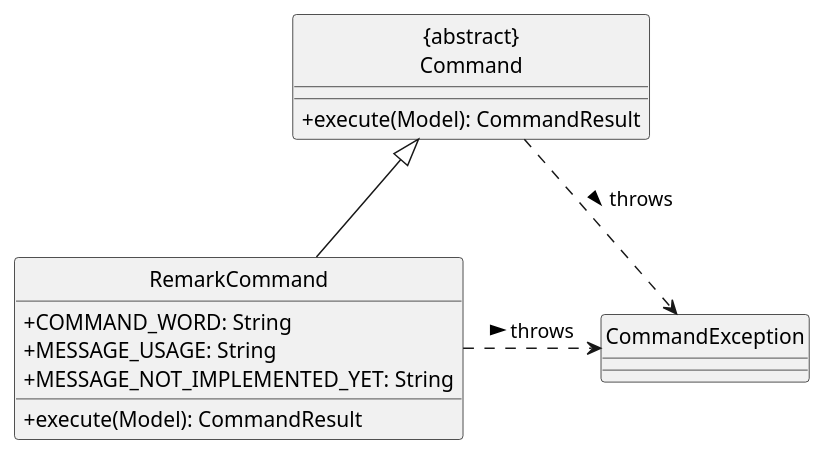
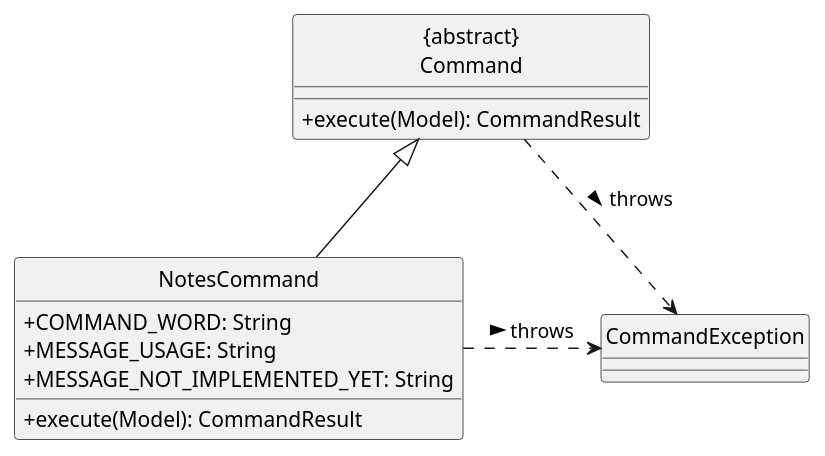
Before and after one commit to deltaMinor/tp: the diagram in diagrams/add-remark/RemarkClass.puml, drawn with PlantUML. The commit also changed 26 other files, not shown here.

```diff
--- a/diagrams/add-remark/RemarkClass.puml
+++ b/diagrams/add-remark/RemarkClass.puml
@@ -1,19 +1,19 @@
 @startuml
 hide circle
 skinparam classAttributeIconSize 0
 
 Class "{abstract}\nCommand" as Command {
   +execute(Model): CommandResult
 }
-Class RemarkCommand {
+Class NotesCommand {
   +COMMAND_WORD: String
   +MESSAGE_USAGE: String
   +MESSAGE_NOT_IMPLEMENTED_YET: String
   +execute(Model): CommandResult
 }
 Class CommandException
 
-RemarkCommand -up-|> Command
+NotesCommand -up-|> Command
 Command ..> CommandException: throws >
-RemarkCommand .right.> CommandException: throws >
+NotesCommand .right.> CommandException: throws >
 @enduml
```
